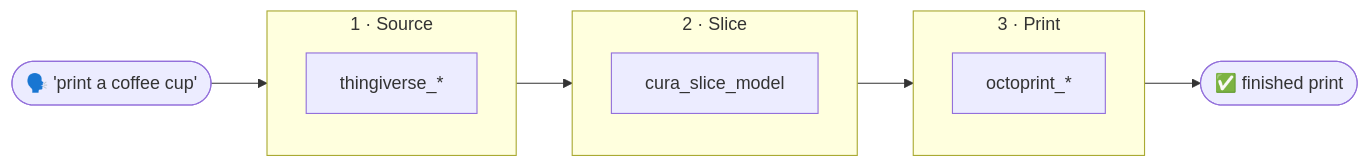
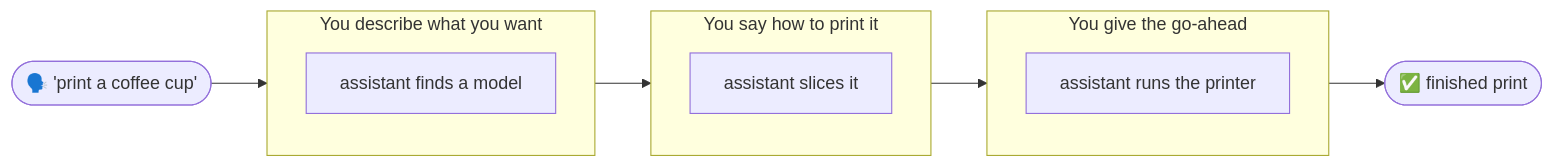
Before and after one commit to SourceBox-LLC/PrintMCP: the diagram in docs/README.md, drawn with Mermaid. The commit also changed other lines of this file and 10 other files, not shown here.

````diff
--- a/docs/README.md
+++ b/docs/README.md
@@ -62,14 +69,14 @@
 ```mermaid
 flowchart LR
     A(["🗣️ 'print a coffee cup'"]) --> L1
-    subgraph L1["1 · Source"]
-        T["thingiverse_*"]
+    subgraph L1["You describe what you want"]
+        T["assistant finds a model"]
     end
-    subgraph L2["2 · Slice"]
-        C["cura_slice_model"]
+    subgraph L2["You say how to print it"]
+        C["assistant slices it"]
     end
-    subgraph L3["3 · Print"]
-        O["octoprint_*"]
+    subgraph L3["You give the go-ahead"]
+        O["assistant runs the printer"]
     end
     L1 --> L2 --> L3 --> Z(["✅ finished print"])
 ```
````
